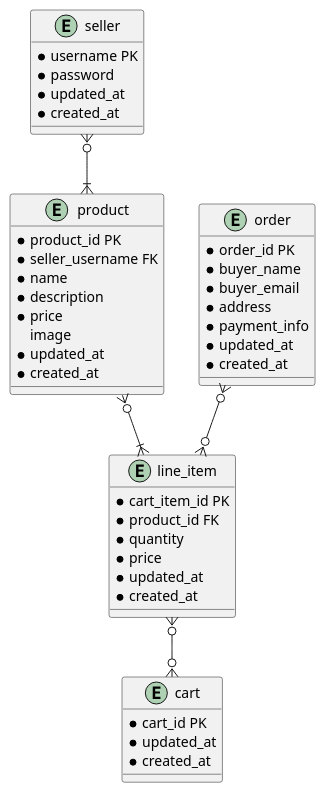
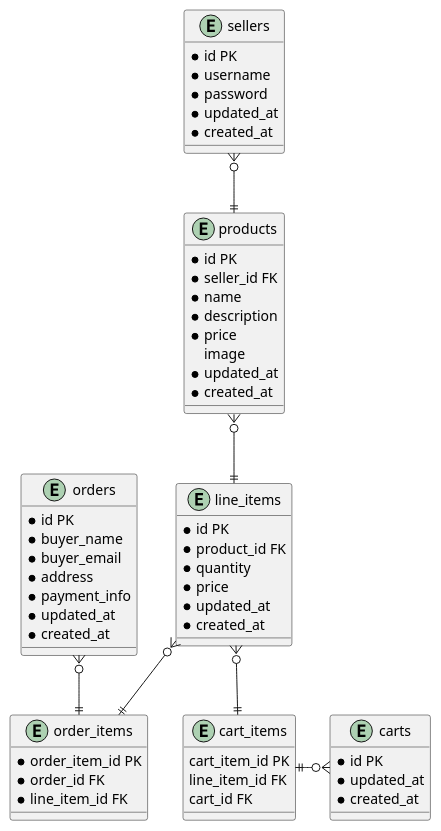
Before and after one commit to swayongshen/Depot: the diagram in docs/er_digram.puml, drawn with PlantUML. The commit also changed 143 other files, not shown here.

```diff
--- a/docs/er_digram.puml
+++ b/docs/er_digram.puml
@@ -1,52 +1,68 @@
 @startuml
 'https://plantuml.com/class-diagram
 
-entity seller {
-    * username PK
+entity sellers {
+    * id PK
+    * username
     * password
     * updated_at
     * created_at
 }
 
-entity product {
-    * product_id PK
-    * seller_username FK
+entity products {
+    * id PK
+    * seller_id FK
     * name
     * description
     * price
     image
     * updated_at
     * created_at
 }
 
-entity line_item {
-    * cart_item_id PK
+entity line_items {
+    * id PK
     * product_id FK
     * quantity
     * price
     * updated_at
     * created_at
 }
 
-entity cart {
-    * cart_id PK
+entity carts {
+    * id PK
     * updated_at
     * created_at
 }
 
-entity order {
-    * order_id PK
+entity cart_items {
+    cart_item_id PK
+    line_item_id FK
+    cart_id FK
+}
+
+entity order_items {
+    * order_item_id PK
+    * order_id FK
+    * line_item_id FK
+}
+
+entity orders {
+    * id PK
     * buyer_name
     * buyer_email
     * address
     * payment_info
     * updated_at
     * created_at
 }
 
-seller }o--|{ product
-product }o--|{ line_item
-line_item }o--o{ cart
-order }o--o{ line_item
+sellers }o--|| products
+products }o--|| line_items
+line_items }o--|| cart_items
+cart_items ||-o{ carts
+orders }o--|| order_items
+line_items }o--|| order_items
+
 
 @enduml
```
